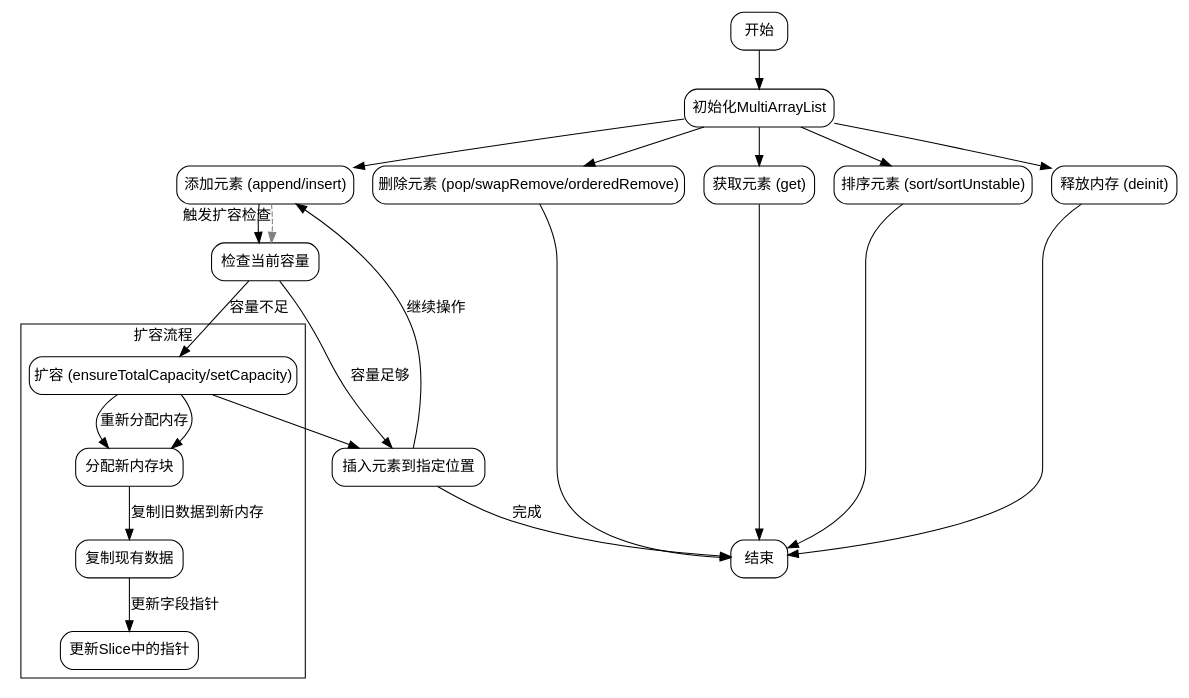
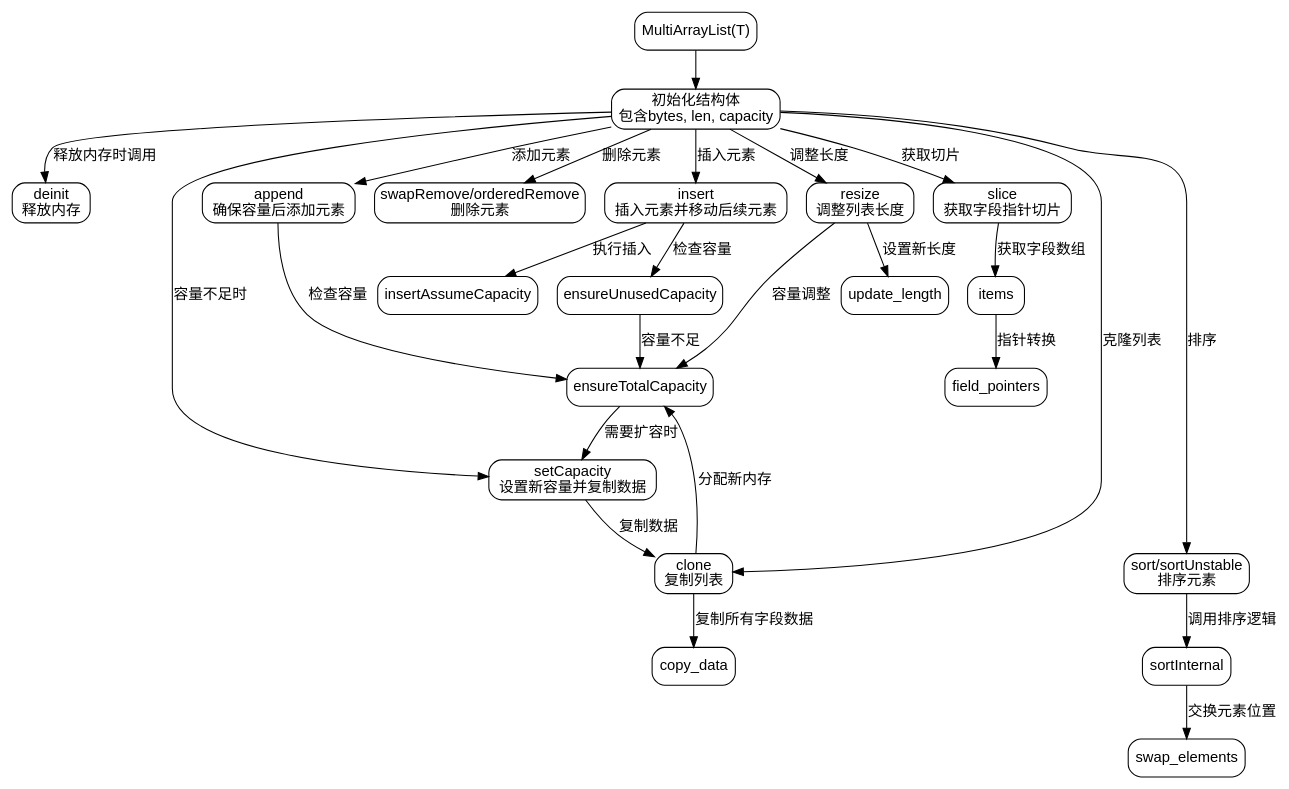
Before and after one commit to sdzx-1/deepseek-zig-reader: the diagram in dot_std/multi_array_list.zig.MultiArrayList.md, drawn with Graphviz. The commit also changed other lines of this file and 236 other files, not shown here.

````diff
--- a/dot_std/multi_array_list.zig.MultiArrayList.md
+++ b/dot_std/multi_array_list.zig.MultiArrayList.md
@@ -44,54 +15,53 @@
 ```dot
-digraph MultiArrayListFlowchart {
+digraph MultiArrayList {
     rankdir=TB;
     node [shape=rectangle, style="rounded", fontname="Arial"];
-    edge [fontname="Arial"];
 
-    start [label="开始"];
-    init [label="初始化MultiArrayList"];
-    append [label="添加元素 (append/insert)"];
-    check_capacity [label="检查当前容量"];
-    expand [label="扩容 (ensureTotalCapacity/setCapacity)"];
-    insert_element [label="插入元素到指定位置"];
-    remove_element [label="删除元素 (pop/swapRemove/orderedRemove)"];
-    get_element [label="获取元素 (get)"];
-    sort [label="排序元素 (sort/sortUnstable)"];
-    deinit [label="释放内存 (deinit)"];
-    end [label="结束"];
+    start [label="MultiArrayList(T)"];
+    init [label="初始化结构体\n包含bytes, len, capacity"];
+    deinit [label="deinit\n释放内存"];
+    append [label="append\n确保容量后添加元素"];
+    insert [label="insert\n插入元素并移动后续元素"];
+    remove [label="swapRemove/orderedRemove\n删除元素"];
+    sort [label="sort/sortUnstable\n排序元素"];
+    slice [label="slice\n获取字段指针切片"];
+    clone [label="clone\n复制列表"];
+    resize [label="resize\n调整列表长度"];
+    set_capacity [label="setCapacity\n设置新容量并复制数据"];
 
     start -> init;
-    init -> append;
-    init -> get_element;
-    init -> remove_element;
-    init -> sort;
-    init -> deinit;
+    init -> deinit [label="释放内存时调用"];
+    init -> append [label="添加元素"];
+    init -> insert [label="插入元素"];
+    init -> remove [label="删除元素"];
+    init -> sort [label="排序"];
+    init -> slice [label="获取切片"];
+    init -> clone [label="克隆列表"];
+    init -> resize [label="调整长度"];
+    init -> set_capacity [label="容量不足时"];
 
-    append -> check_capacity;
-    check_capacity -> expand [label="容量不足"];
-    check_capacity -> insert_element [label="容量足够"];
-    expand -> insert_element;
+    append -> ensureTotalCapacity [label="检查容量"];
+    ensureTotalCapacity -> set_capacity [label="需要扩容时"];
+    set_capacity -> clone [label="复制数据"];
 
-    insert_element -> append [label="继续操作"];
-    insert_element -> end [label="完成"];
+    insert -> ensureUnusedCapacity [label="检查容量"];
+    ensureUnusedCapacity -> ensureTotalCapacity [label="容量不足"];
+    insert -> insertAssumeCapacity [label="执行插入"];
 
-    remove_element -> end;
-    get_element -> end;
-    sort -> end;
-    deinit -> end;
+    sort -> sortInternal [label="调用排序逻辑"];
+    sortInternal -> swap_elements [label="交换元素位置"];
 
-    subgraph cluster_capacity {
-        label="扩容流程";
-        expand -> realloc_memory [label="重新分配内存"];
-        realloc_memory -> copy_data [label="复制旧数据到新内存"];
-        copy_data -> update_pointers [label="更新字段指针"];
-    }
+    slice -> items [label="获取字段数组"];
+    items -> field_pointers [label="指针转换"];
 
-    realloc_memory [label="分配新内存块"];
-    copy_data [label="复制现有数据"];
-    update_pointers [label="更新Slice中的指针"];
+    clone -> ensureTotalCapacity [label="分配新内存"];
+    clone -> copy_data [label="复制所有字段数据"];
 
-    edge [style=dashed, color=grey];
-    append -> check_capacity [xlabel="触发扩容检查"];
-    expand -> realloc_memory [style=solid, color=black];
+    resize -> ensureTotalCapacity [label="容量调整"];
+    resize -> update_length [label="设置新长度"];
+
+    // 隐藏节点用于布局优化
+    {rank=same; append; insert; remove}
+    {rank=same; sort; clone}
 }
 ```
````
